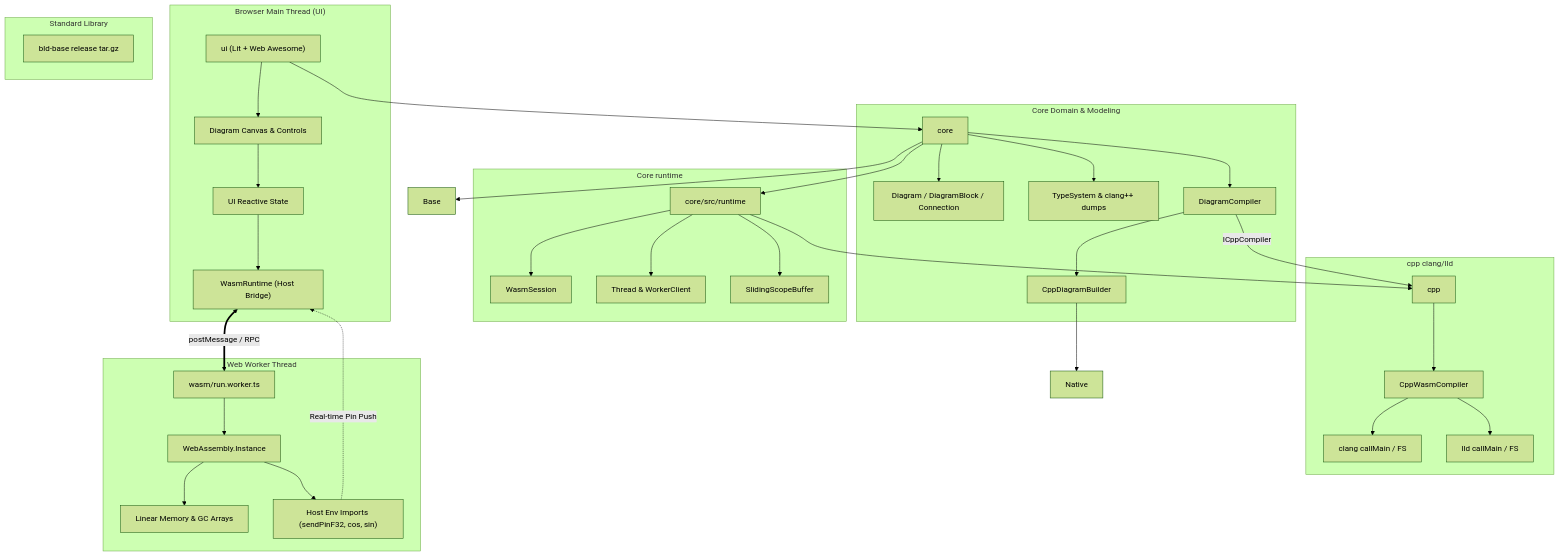
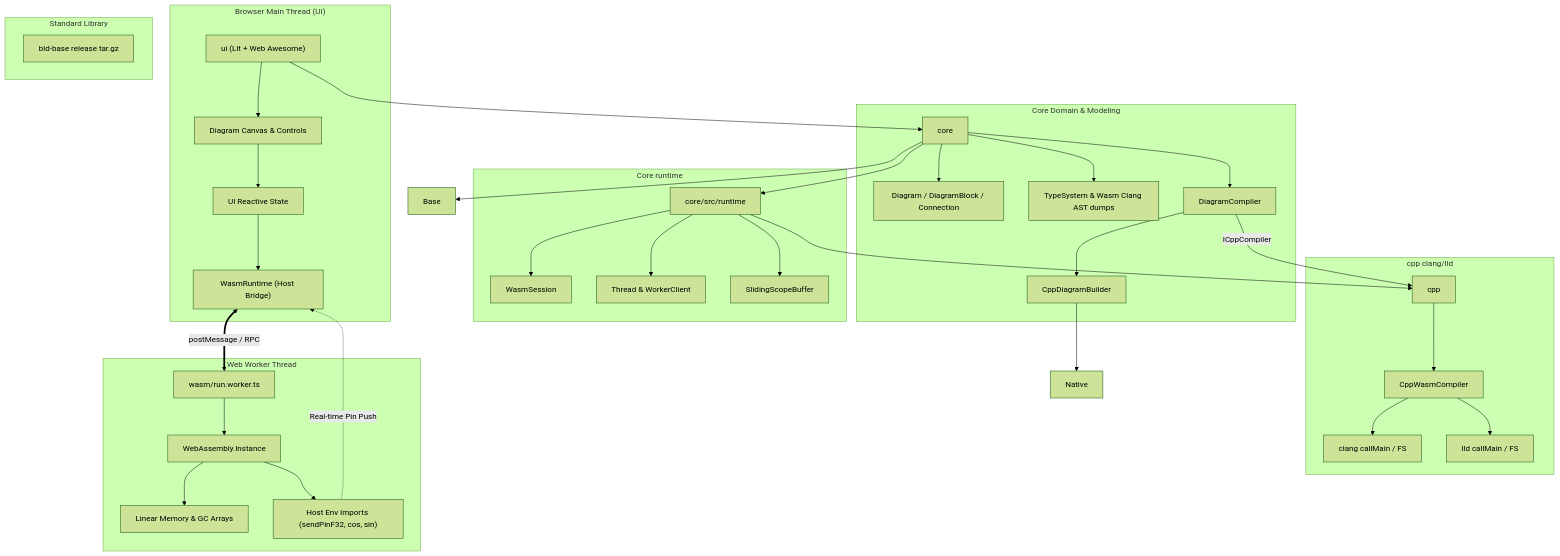
Before and after one commit to dzmauchy/bld: the first of 4 diagrams in README.md, drawn with Mermaid (forest theme). The commit also changed other lines of this file and 45 other files, not shown here.

Commit message:
Remove pinned clang-wasm loop

````diff
--- a/README.md
+++ b/README.md
@@ -86,71 +86,71 @@
 ```mermaid
 graph TD
     subgraph BrowserUI["Browser Main Thread (UI)"]
         UI["ui (Lit + Web Awesome)"]
         Canvas["Diagram Canvas & Controls"]
         UIState["UI Reactive State"]
         WasmRT["WasmRuntime (Host Bridge)"]
         
         UI --> Canvas
         Canvas --> UIState
         UIState --> WasmRT
     end
 
     subgraph CoreDomain["Core Domain & Modeling"]
         Core["core"]
         Diag["Diagram / DiagramBlock / Connection"]
-        TS["TypeSystem & clang++ dumps"]
+        TS["TypeSystem & Wasm Clang AST dumps"]
         CompilerFacade["DiagramCompiler"]
         Builder["CppDiagramBuilder"]
 
         Core --> Diag
         Core --> TS
         Core --> CompilerFacade
         CompilerFacade --> Builder
     end
 
     subgraph RuntimePackage["Core runtime"]
         Runtime["core/src/runtime"]
         Session["WasmSession"]
         ThreadMod["Thread & WorkerClient"]
         Buffers["SlidingScopeBuffer"]
 
         Runtime --> Session
         Runtime --> ThreadMod
         Runtime --> Buffers
     end
 
     subgraph BaseLib["Standard Library"]
         Release["bld-base release tar.gz"]
     end
 
     subgraph CppPkg["cpp clang/lld"]
         Cpp["cpp"]
         Compiler["CppWasmCompiler"]
         Clang["clang callMain / FS"]
         Lld["lld callMain / FS"]
         Cpp --> Compiler
         Compiler --> Clang
         Compiler --> Lld
     end
 
     subgraph WorkerEnv["Web Worker Thread"]
         WorkerEntry["wasm/run.worker.ts"]
         WasmInst["WebAssembly.Instance"]
         SharedMem["Linear Memory & GC Arrays"]
         EnvBridge["Host Env Imports (sendPinF32, cos, sin)"]
 
         WorkerEntry --> WasmInst
         WasmInst --> SharedMem
         WasmInst --> EnvBridge
     end
 
     UI --> Core
     Core --> Runtime
     Core --> Base
     Runtime --> Cpp
     CompilerFacade -->|"ICppCompiler"| Cpp
     Builder --> Native
     WasmRT <==>|"postMessage / RPC"| WorkerEntry
     EnvBridge -.->|"Real-time Pin Push"| WasmRT
 ```
````
